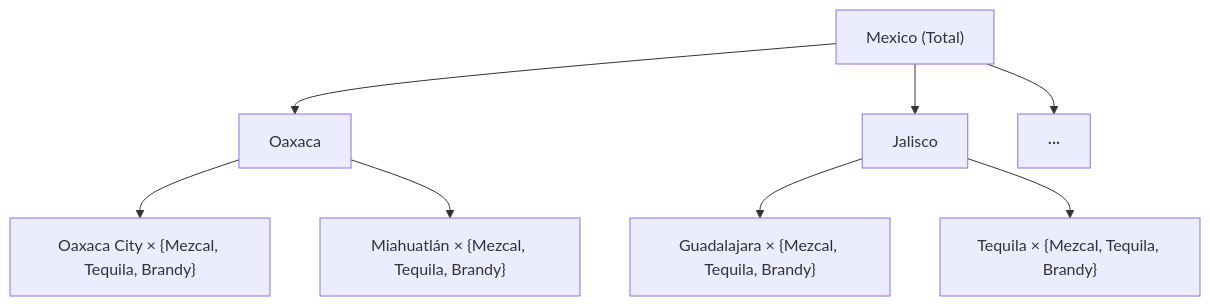
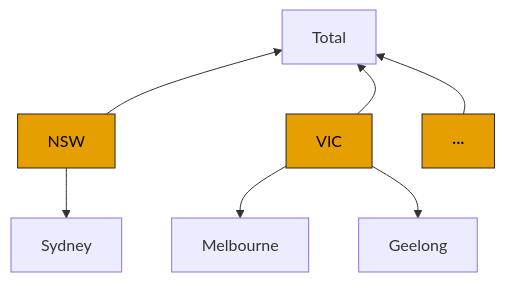
The eighth of 8 diagrams in docs/modules/module_4/04_hierarchical/hierarchical.llms.md (pbenavidesh/narsil), drawn with Mermaid before and after one commit. The commit also changed other lines of this file and 186 other files, not shown here.

````diff
--- a/docs/modules/module_4/04_hierarchical/hierarchical.llms.md
+++ b/docs/modules/module_4/04_hierarchical/hierarchical.llms.md
@@ -165,19 +675,23 @@
 ``` mermaid
 graph TD
-    T["Mexico (Total)"]
-    OAX["Oaxaca"]
-    JAL["Jalisco"]
+    TOT["Total"]
+    NSW["NSW"]
+    VIC["VIC"]
     ETC["···"]
-    OJ["Oaxaca City × {Mezcal, Tequila, Brandy}"]
-    MH["Miahuatlán × {Mezcal, Tequila, Brandy}"]
-    GDL["Guadalajara × {Mezcal, Tequila, Brandy}"]
-    TQ_["Tequila × {Mezcal, Tequila, Brandy}"]
+    SYD["Sydney"]
+    MEL["Melbourne"]
+    GEE["Geelong"]
 
-    T --> OAX
-    T --> JAL
-    T --> ETC
-    OAX --> OJ
-    OAX --> MH
-    JAL --> GDL
-    JAL --> TQ_
+    TOT ~~~ NSW
+    TOT ~~~ VIC
+    TOT ~~~ ETC
+    NSW --> TOT
+    VIC --> TOT
+    ETC --> TOT
+    NSW --> SYD
+    VIC --> MEL
+    VIC --> GEE
+
+    classDef fc fill:#E69F00,stroke:#2A2520,color:#000
+    class NSW,VIC,ETC fc
 ```
````
